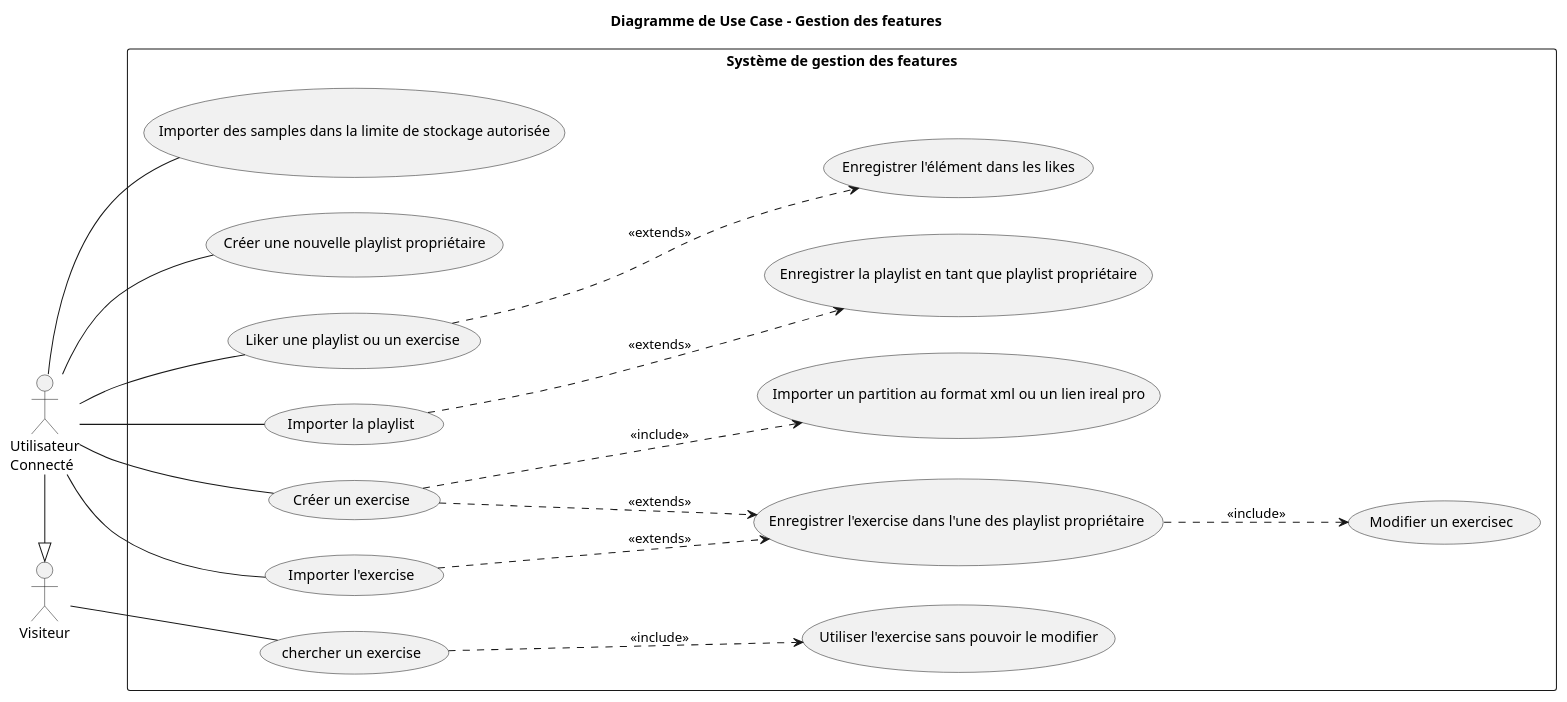
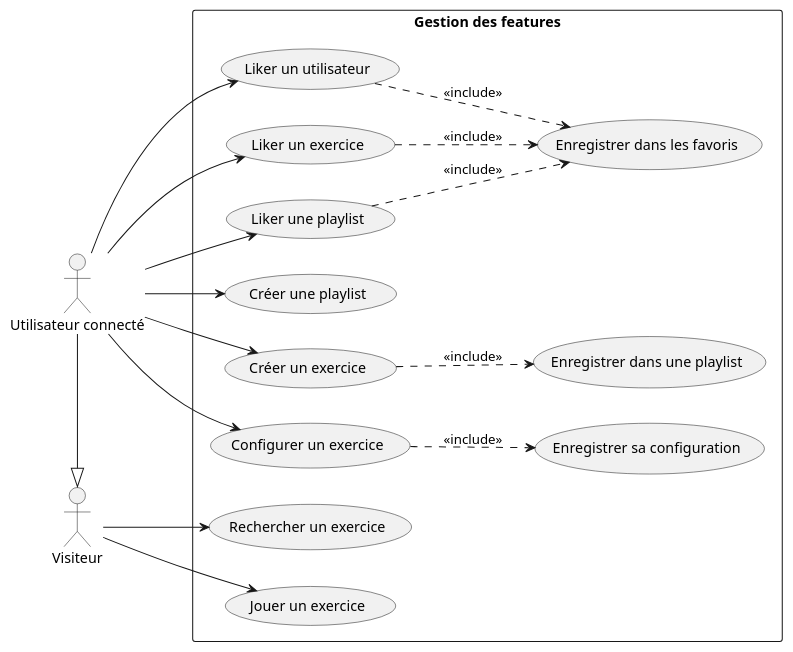
Before and after one commit to nemnem202/soutenance: the diagram in conception/usecase_diagrams/features.wsd, drawn with PlantUML.

Commit message:
fix: use case diagram

```diff
--- a/conception/usecase_diagrams/features.wsd
+++ b/conception/usecase_diagrams/features.wsd
@@ -1,52 +1,47 @@
-@startuml Exercise
-
-title Diagramme de Use Case - Gestion des features
+@startuml
 
 left to right direction
+skinparam packageStyle rectangle
 
-skinparam PackageStyle rect
+actor "Visiteur" as V
+actor "Utilisateur connecté" as U
 
-actor "Visiteur" as visiteur
-actor "Utilisateur\nConnecté" as user
+U -|> V
 
+rectangle "Gestion des features" {
 
-rectangle "Système de gestion des features" {
-        usecase "chercher un exercise" as UC001
-        usecase "Utiliser l'exercise sans pouvoir le modifier" as UC002
-        usecase "Enregistrer l'exercise dans l'une des playlist propriétaire " as UC004
-        usecase "Créer une nouvelle playlist propriétaire" as UC005
-        usecase "Liker une playlist ou un exercise" as UC007
-        usecase "Enregistrer l'élément dans les likes" as UC008
-        usecase "Créer un exercise" as UC009
-        usecase "Importer un partition au format xml ou un lien ireal pro" as UC010
-        usecase "Importer la playlist" as UC011
-        usecase "Importer l'exercise" as UC012
-        usecase "Enregistrer la playlist en tant que playlist propriétaire" as UC013
-        usecase "Importer des samples dans la limite de stockage autorisée" as UC014
-        usecase "Modifier un exercisec" as UC015
+  usecase "Rechercher un exercice" as UC1
+  usecase "Jouer un exercice" as UC2
+
+  usecase "Liker un utilisateur" as UC3
+  usecase "Liker un exercice" as UC4
+  usecase "Liker une playlist" as UC5
+  usecase "Enregistrer dans les favoris" as UC6
+
+  usecase "Créer une playlist" as UC7
+  usecase "Créer un exercice" as UC8
+  usecase "Enregistrer dans une playlist" as UC9
+
+  usecase "Configurer un exercice" as UC10
+  usecase "Enregistrer sa configuration" as UC11
+
+  V --> UC1
+  V --> UC2
+
+  U --> UC3
+  U --> UC4
+  U --> UC5
+  U --> UC7
+  U --> UC8
+  U --> UC10
+
+  UC3 ..> UC6 : <<include>>
+  UC4 ..> UC6 : <<include>>
+  UC5 ..> UC6 : <<include>>
+
+  UC8 ..> UC9 : <<include>>
+
+  UC10 ..> UC11 : <<include>>
 }
 
-visiteur -- UC001
-
-UC001 .--> UC002 : <<include>>
-
-user -- UC007
-user -- UC011
-user -- UC012
-user -- UC005
-user -- UC009
-user -- UC014
-
-UC012 .--> UC004 : <<extends>>
-UC009 .--> UC004 : <<extends>>
-UC007 .--> UC008 : <<extends>>
-
-UC009 .--> UC010 : <<include>>
-
-UC011 .--> UC013 : <<extends>>
-
-UC004 .--> UC015 : <<include>>
-
-user -|> visiteur
-
 @enduml
```
